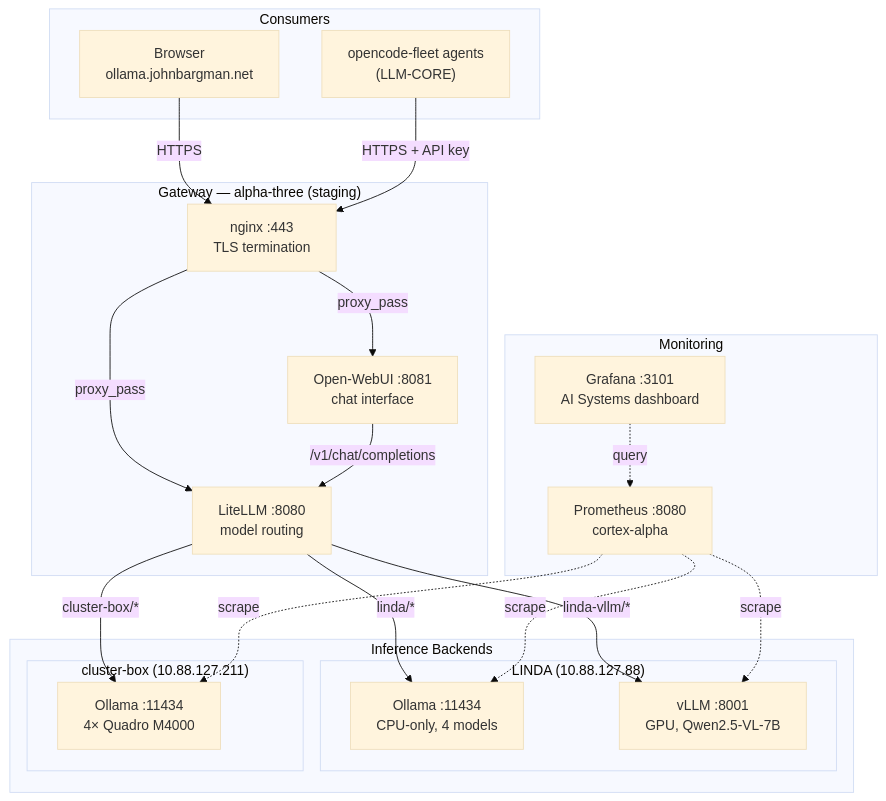
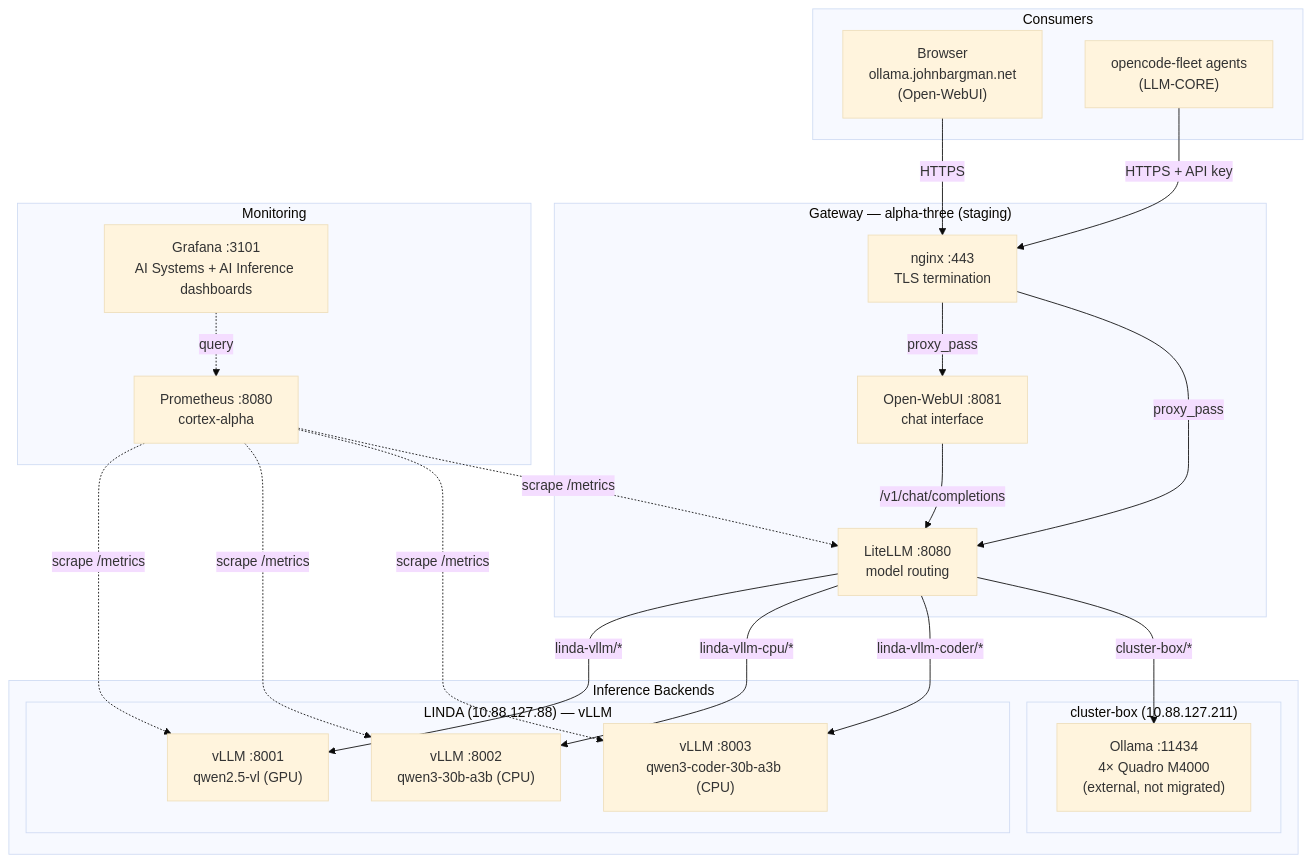
Before and after one commit to DarthPJB/NixOS-Configuration: the diagram in documentation/ai-stack.md, drawn with Mermaid (base theme). The commit also changed other lines of this file and 36 other files, not shown here.

First line of the commit message:
feat(vllm-migration): complete vLLM-only migration — all 6 phases

````diff
--- a/documentation/ai-stack.md
+++ b/documentation/ai-stack.md
@@ -14,42 +14,45 @@
 ```mermaid
 graph TB
     subgraph "Consumers"
-        BROWSER["Browser<br/>ollama.johnbargman.net"]
+        BROWSER["Browser<br/>ollama.johnbargman.net<br/>(Open-WebUI)"]
         FLEET["opencode-fleet agents<br/>(LLM-CORE)"]
     end
 
     subgraph "Gateway — alpha-three (staging)"
         NGINX["nginx :443<br/>TLS termination"]
         OWUI["Open-WebUI :8081<br/>chat interface"]
         LITELLM["LiteLLM :8080<br/>model routing"]
     end
 
     subgraph "Inference Backends"
-        subgraph "LINDA (10.88.127.88)"
-            OLLAMA["Ollama :11434<br/>CPU-only, 4 models"]
-            VLLM["vLLM :8001<br/>GPU, Qwen2.5-VL-7B"]
+        subgraph "LINDA (10.88.127.88) — vLLM"
+            VLLM_GPU["vLLM :8001<br/>qwen2.5-vl (GPU)"]
+            VLLM_CPU["vLLM :8002<br/>qwen3-30b-a3b (CPU)"]
+            VLLM_CODER["vLLM :8003<br/>qwen3-coder-30b-a3b (CPU)"]
         end
         subgraph "cluster-box (10.88.127.211)"
-            CB_OLLAMA["Ollama :11434<br/>4× Quadro M4000"]
+            CB_OLLAMA["Ollama :11434<br/>4× Quadro M4000<br/>(external, not migrated)"]
         end
     end
 
     subgraph "Monitoring"
         PROM["Prometheus :8080<br/>cortex-alpha"]
-        GRAFANA["Grafana :3101<br/>AI Systems dashboard"]
+        GRAFANA["Grafana :3101<br/>AI Systems + AI Inference dashboards"]
     end
 
     BROWSER -->|"HTTPS"| NGINX
     FLEET -->|"HTTPS + API key"| NGINX
     NGINX -->|"proxy_pass"| OWUI
     NGINX -->|"proxy_pass"| LITELLM
     OWUI -->|"/v1/chat/completions"| LITELLM
-    LITELLM -->|"linda/*"| OLLAMA
-    LITELLM -->|"linda-vllm/*"| VLLM
+    LITELLM -->|"linda-vllm/*"| VLLM_GPU
+    LITELLM -->|"linda-vllm-cpu/*"| VLLM_CPU
+    LITELLM -->|"linda-vllm-coder/*"| VLLM_CODER
     LITELLM -->|"cluster-box/*"| CB_OLLAMA
 
-    PROM -.->|"scrape"| OLLAMA
-    PROM -.->|"scrape"| VLLM
-    PROM -.->|"scrape"| CB_OLLAMA
+    PROM -.->|"scrape /metrics"| VLLM_GPU
+    PROM -.->|"scrape /metrics"| VLLM_CPU
+    PROM -.->|"scrape /metrics"| VLLM_CODER
+    PROM -.->|"scrape /metrics"| LITELLM
     GRAFANA -.->|"query"| PROM
 ```
````
